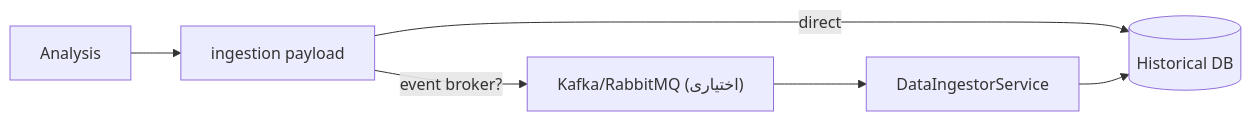
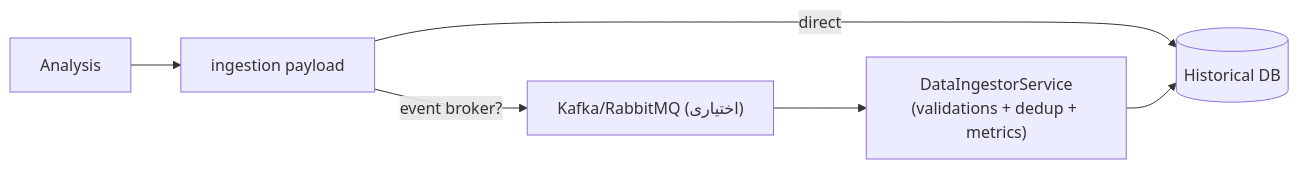
Before and after one commit to Shakour-Data/Gravity_TechnicalAnalysis: the third of 3 diagrams in docs/PROCESS_OVERVIEW.md, drawn with Mermaid. The commit also changed other lines of this file, not shown here.

````diff
--- a/docs/PROCESS_OVERVIEW.md
+++ b/docs/PROCESS_OVERVIEW.md
@@ -31,7 +31,8 @@
 ```mermaid
 flowchart LR
     Analysis --> Payload["ingestion payload"]
     Payload -->|event broker?| Broker["Kafka/RabbitMQ (اختیاری)"]
     Payload -->|direct| DB[(Historical DB)]
-    Broker --> Ingestor["DataIngestorService"] --> DB
+    Broker --> Ingestor["DataIngestorService
+(validations + dedup + metrics)"] --> DB
 ```
````
